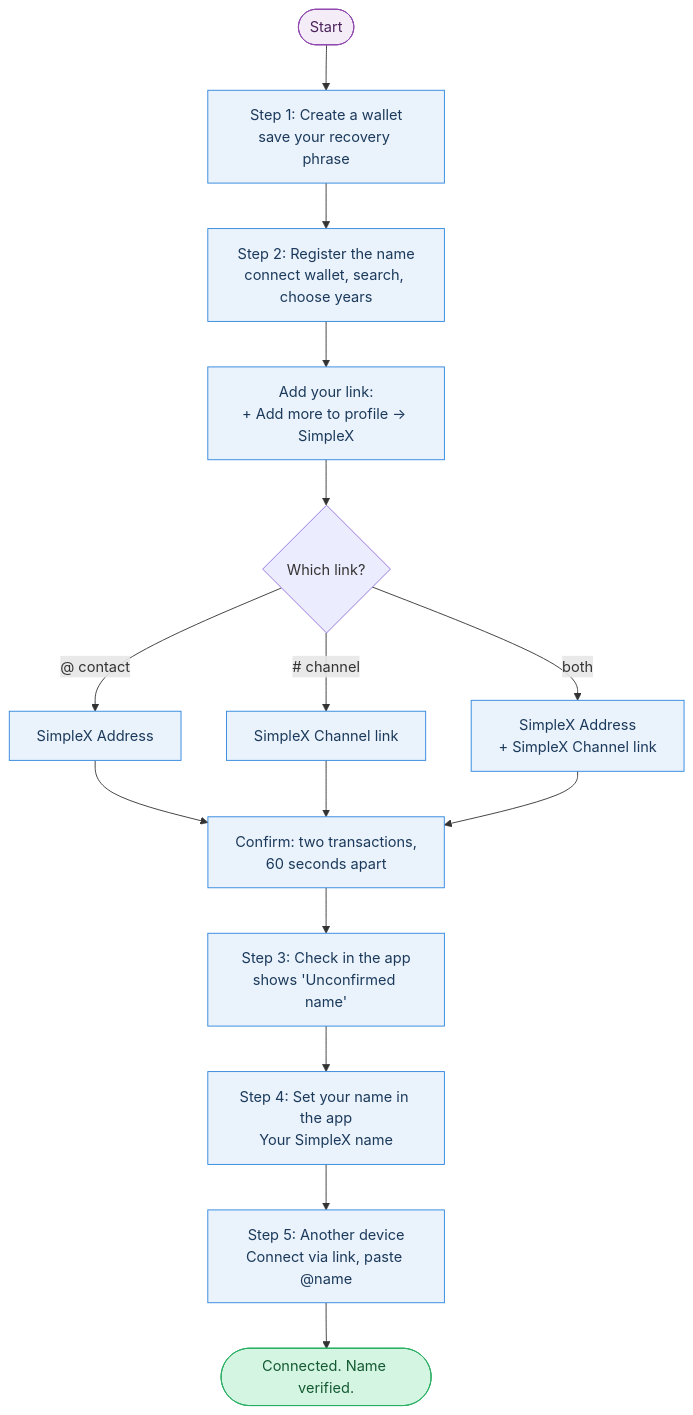
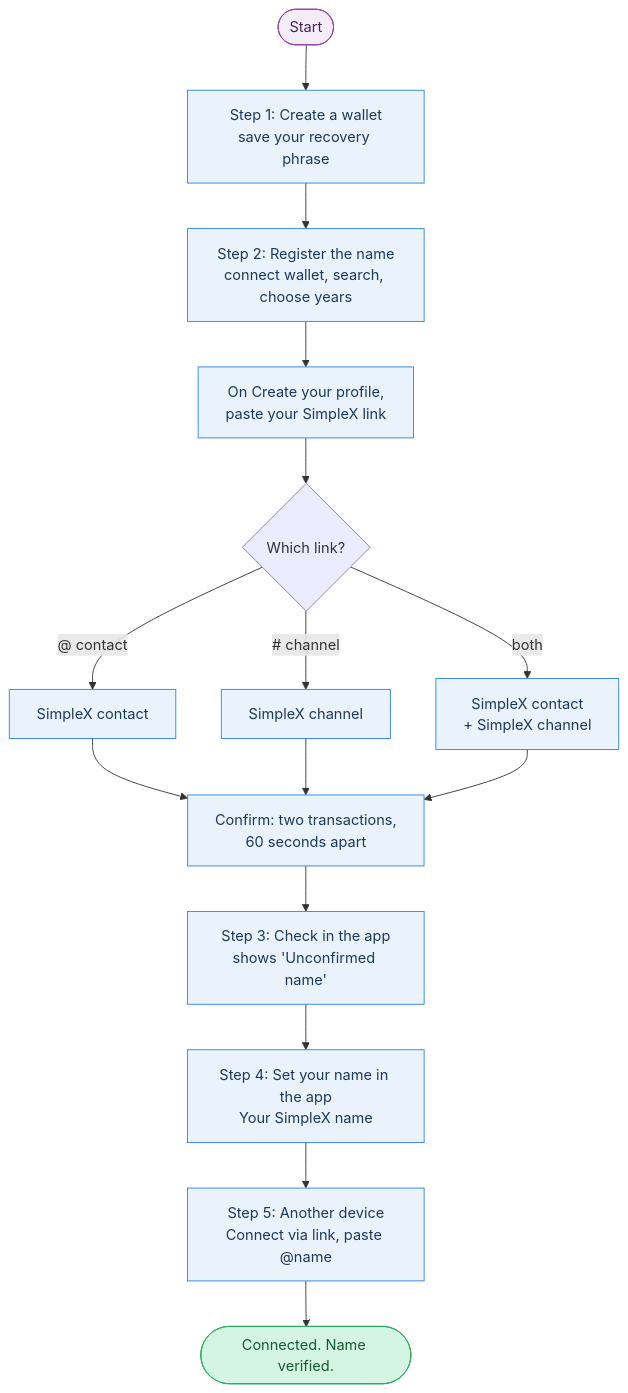
Before and after one commit to simplex-chat/simplex-chat: the diagram in docs/guide/diagrams/simplex-name-steps.mmd, drawn with Mermaid. The commit also changed 6 other files, not shown here.

```diff
--- a/docs/guide/diagrams/simplex-name-steps.mmd
+++ b/docs/guide/diagrams/simplex-name-steps.mmd
@@ -1,22 +1,22 @@
 flowchart TD
   S([Start]) --> A["Step 1: Create a wallet<br/>save your recovery phrase"]
   A --> B["Step 2: Register the name<br/>connect wallet, search, choose years"]
-  B --> C["Add your link:<br/>+ Add more to profile &rarr; SimpleX"]
+  B --> C["On Create your profile,<br/>paste your SimpleX link"]
   C --> D{"Which link?"}
-  D -->|"@ contact"| E["SimpleX Address"]
-  D -->|"# channel"| F["SimpleX Channel link"]
-  D -->|"both"| G["SimpleX Address<br/>+ SimpleX Channel link"]
+  D -->|"@ contact"| E["SimpleX contact"]
+  D -->|"# channel"| F["SimpleX channel"]
+  D -->|"both"| G["SimpleX contact<br/>+ SimpleX channel"]
   E --> H["Confirm: two transactions,<br/>60 seconds apart"]
   F --> H
   G --> H
   H --> I["Step 3: Check in the app<br/>shows 'Unconfirmed name'"]
   I --> J["Step 4: Set your name in the app<br/>Your SimpleX name"]
   J --> K["Step 5: Another device<br/>Connect via link, paste @name"]
   K --> Z([Connected. Name verified.])
 
   classDef start fill:#f4ecf7,stroke:#8e44ad,color:#4a235a;
   classDef step fill:#eaf2fb,stroke:#2e86de,color:#1b3a5b;
   classDef ok fill:#d5f5e3,stroke:#27ae60,color:#145a32;
   class S start;
   class Z ok;
   class A,B,C,E,F,G,H,I,J,K step;
```
